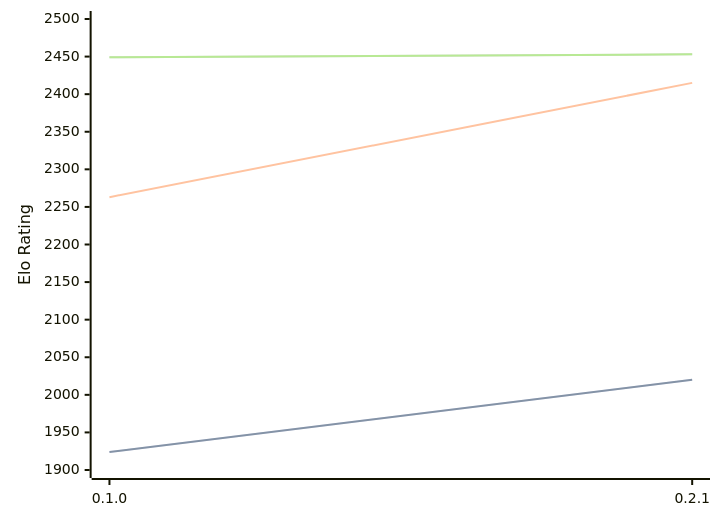
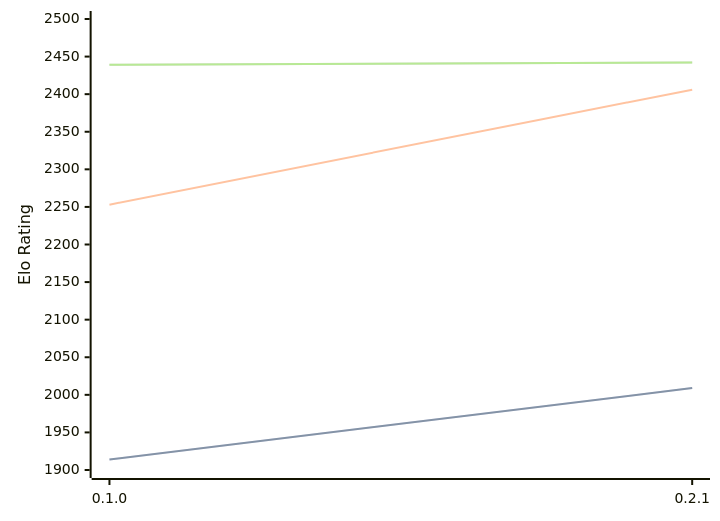
Before and after one commit to computer-chess-index/cci: the diagram in engines/Sykora.md, drawn with Mermaid. The commit also changed other lines of this file, not shown here.

Commit message:
Update CCI Ratings (ELO VLTC) - 2026-03-19

````diff
--- a/engines/Sykora.md
+++ b/engines/Sykora.md
@@ -30,11 +30,11 @@
 ```mermaid
 %%{init: {"theme":"base","themeVariables":{"seriesColors:['#a3a3a3','#222221','#faa371']}}}%%
 xychart-beta
   x-axis ["0.1.0", "0.2.1"]
   y-axis "Elo Rating" 1900 --> 2500
-  line "STC (8.0+0.08s)" [1924, 2020]
-  line "STC (8.0+0.08s)" [1924, 2020]
-  line "LTC (60.0+0.60s)" [2263, 2415]
-  line "VLTC (2m24s+1.12s)" [2449, 2453]
-  line "VLTC (2m24s+1.12s)" [2449, 2453]
+  line "STC (8.0+0.08s)" [1914, 2009]
+  line "STC (8.0+0.08s)" [1914, 2009]
+  line "LTC (60.0+0.60s)" [2253, 2406]
+  line "VLTC (2m24s+1.12s)" [2439, 2442]
+  line "VLTC (2m24s+1.12s)" [2439, 2442]
 ```
````
